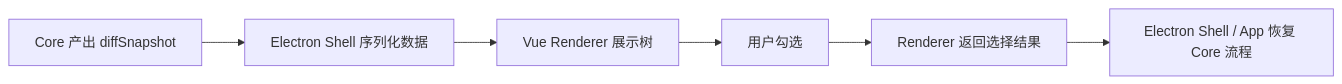
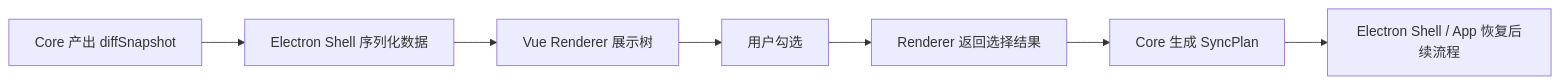
The sixth of 7 diagrams in docs/Flows.md (agalloch21/sync-with-rclone), drawn with Mermaid before and after one commit. The commit also changed other lines of this file and 45 other files, not shown here.

````diff
--- a/docs/Flows.md
+++ b/docs/Flows.md
@@ -195,8 +210,9 @@
 ```mermaid
 flowchart LR
   A["Core 产出 diffSnapshot"] --> B["Electron Shell 序列化数据"]
   B --> C["Vue Renderer 展示树"]
   C --> D["用户勾选"]
   D --> E["Renderer 返回选择结果"]
-  E --> F["Electron Shell / App 恢复 Core 流程"]
+  E --> F["Core 生成 SyncPlan"]
+  F --> G["Electron Shell / App 恢复后续流程"]
 ```
````
